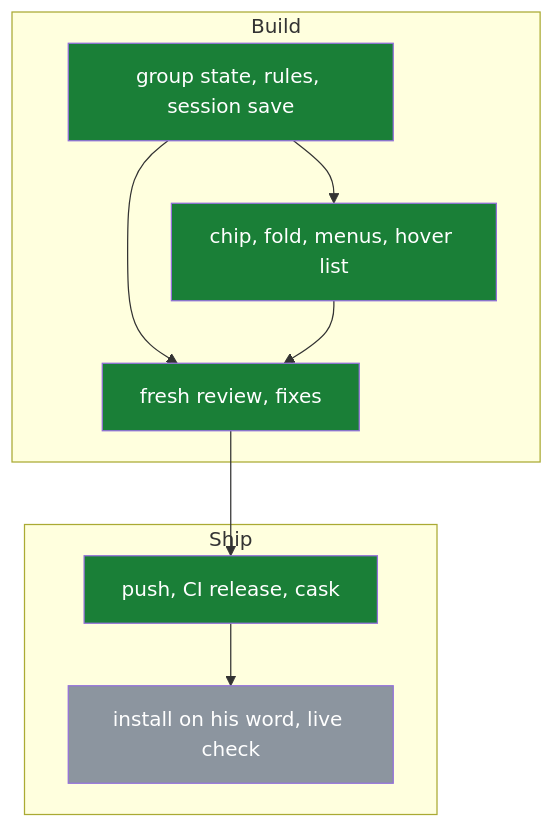
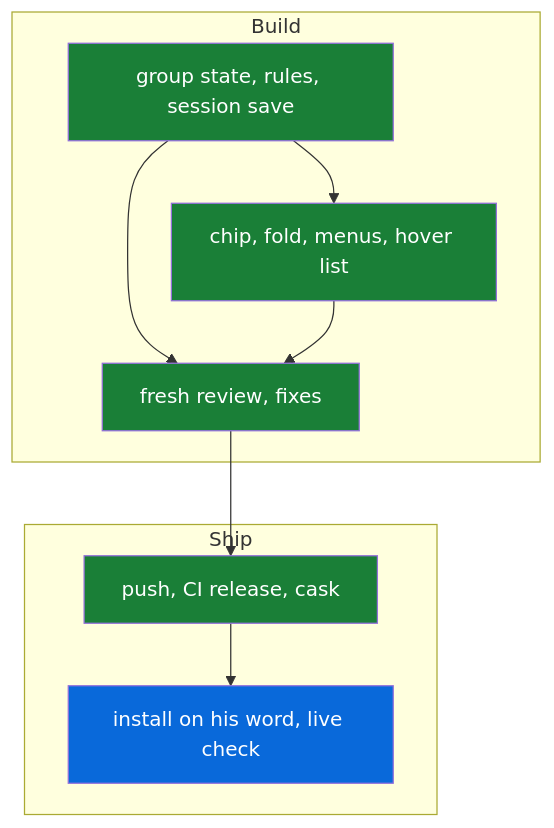
Before and after one commit to michaeljryoung/patton: the diagram in docs/tab-groups.md, drawn with Mermaid. The commit also changed other lines of this file and 4 other files, not shown here.

Commit message:
Notes: v1.31.0 installed from its tag with Patton quit; ship checks live (S57) [no-release]

````diff
--- a/docs/tab-groups.md
+++ b/docs/tab-groups.md
@@ -10,23 +10,23 @@
 ```mermaid
 flowchart TD
   subgraph B["Build"]
     groups_model[group state, rules, session save]:::done
     groups_strip[chip, fold, menus, hover list]:::done
     groups_review[fresh review, fixes]:::done
   end
   subgraph S["Ship"]
     groups_release[push, CI release, cask]:::done
-    groups_ship[install on his word, live check]:::todo
+    groups_ship[install on his word, live check]:::live
   end
   groups_model --> groups_strip
   groups_model --> groups_review
   groups_strip --> groups_review
   groups_review --> groups_release
   groups_release --> groups_ship
   classDef done fill:#1a7f37,color:#fff
   classDef live fill:#0969da,color:#fff
   classDef todo fill:#8c959f,color:#fff
   classDef blocked fill:#cf222e,color:#fff
   classDef dropped fill:#eaeef2,color:#57606a
   classDef superseded fill:#eaeef2,color:#57606a
 ```
````
